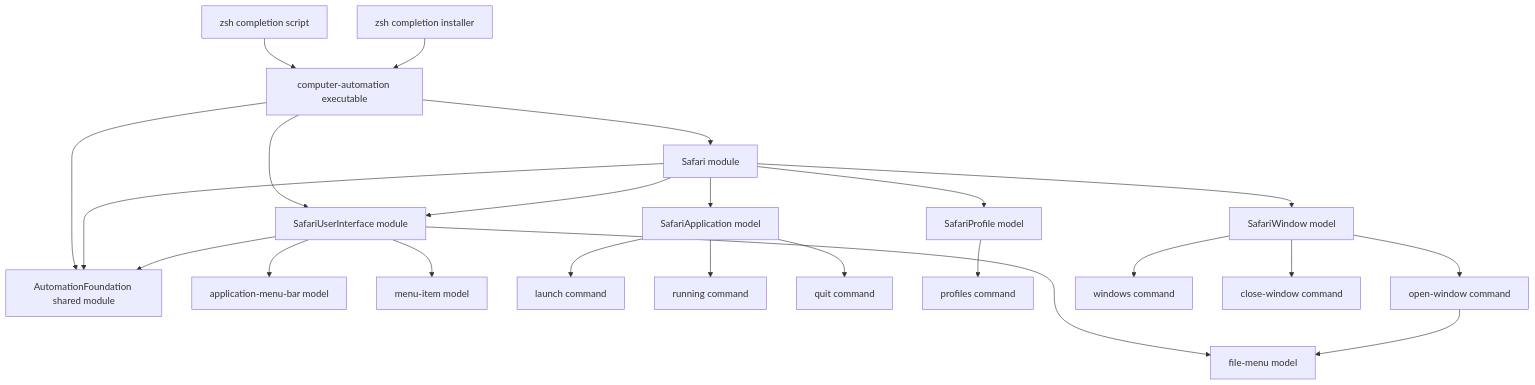
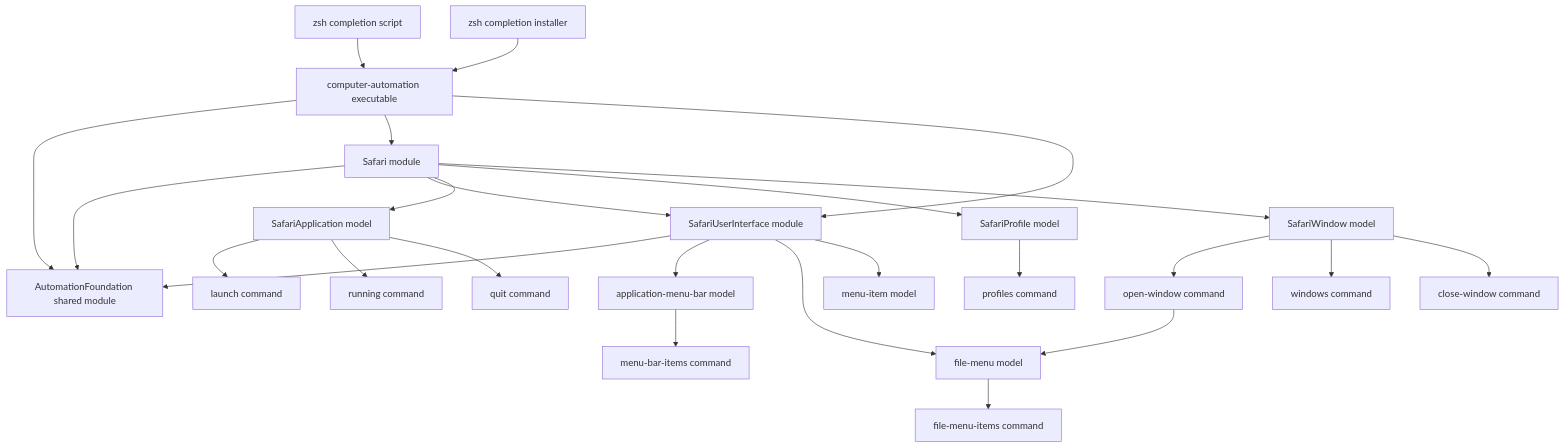
One commit to Glutexo/computer-automation changed the diagram in docs/architecture.md. Above: the diagram before and after it, drawn with Mermaid. The commit also changed other lines of this file and 15 other files, not shown here.

````diff
--- a/docs/architecture.md
+++ b/docs/architecture.md
@@ -5,45 +5,49 @@
 ```mermaid
 flowchart TD
     App["computer-automation executable"]
     Foundation["AutomationFoundation shared module"]
     Zsh["zsh completion script"]
     ZshInstaller["zsh completion installer"]
     Safari["Safari module"]
     SafariUI["SafariUserInterface module"]
     SafariApplication["SafariApplication model"]
     SafariProfile["SafariProfile model"]
     SafariWindow["SafariWindow model"]
     SafariMenuBar["application-menu-bar model"]
     SafariFileMenu["file-menu model"]
     SafariMenuItem["menu-item model"]
+    MenuBarItems["menu-bar-items command"]
+    FileMenuItems["file-menu-items command"]
     Launch["launch command"]
     Running["running command"]
     Quit["quit command"]
     Profiles["profiles command"]
     WindowOpen["open-window command"]
     Windows["windows command"]
     WindowClose["close-window command"]
 
     App --> Foundation
     Zsh --> App
     ZshInstaller --> App
     App --> Safari
     App --> SafariUI
     Safari --> Foundation
     Safari --> SafariUI
     SafariUI --> Foundation
     Safari --> SafariApplication
     Safari --> SafariProfile
     Safari --> SafariWindow
     SafariUI --> SafariMenuBar
     SafariUI --> SafariFileMenu
     SafariUI --> SafariMenuItem
+    SafariMenuBar --> MenuBarItems
+    SafariFileMenu --> FileMenuItems
     SafariApplication --> Launch
     SafariApplication --> Running
     SafariApplication --> Quit
     SafariProfile --> Profiles
     SafariWindow --> WindowOpen
     SafariWindow --> Windows
     SafariWindow --> WindowClose
     WindowOpen --> SafariFileMenu
 ```
````
